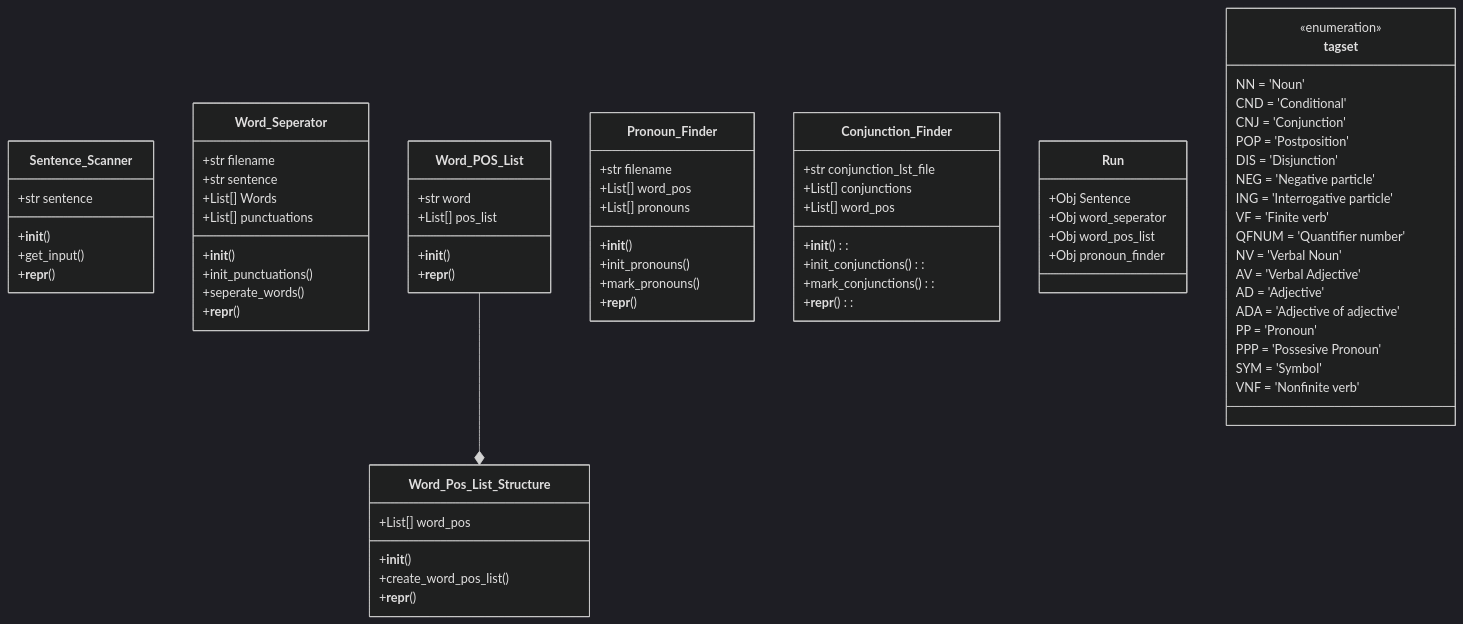
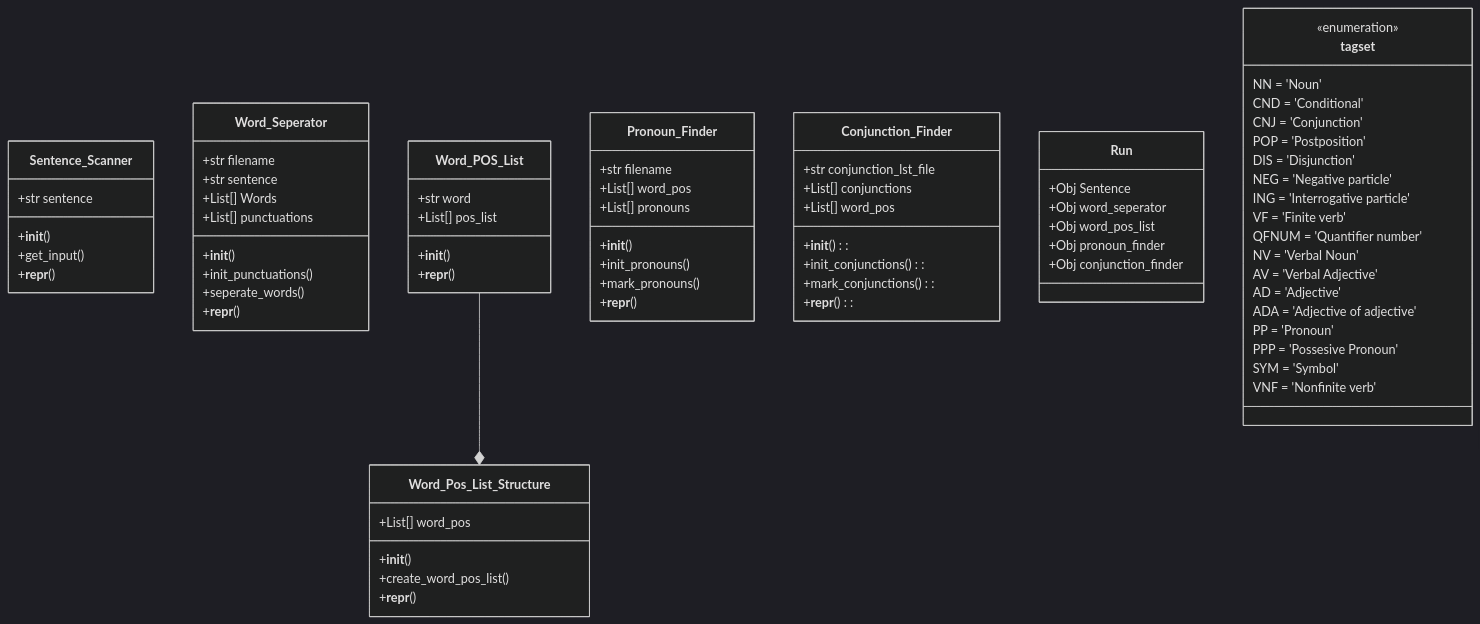
The first of 2 diagrams in src/README.md (masnm/POS-tagging), drawn with Mermaid (dark theme) before and after one commit.

Commit message:
Added Conjunction finder

````diff
--- a/src/README.md
+++ b/src/README.md
@@ -4,79 +4,80 @@
 ```mermaid
 classDiagram
 	class Sentence_Scanner {
 		+str sentence
 		+__init__ ()
 		+get_input ()
 		+__repr__ ()
 	}
 	class Word_Seperator {
 		+str filename
 		+str sentence
 		+List[] Words
 		+List[] punctuations
 		+__init__ ()
 		+init_punctuations ()
 		+seperate_words ()
 		+__repr__ ()
 	}
 	class Word_POS_List {
 		+str word
 		+List[] pos_list
 		+__init__ ()
 		+__repr__ ()
 	}
 	class Word_Pos_List_Structure {
 		+List[] word_pos
 		+__init__ ()
 		+create_word_pos_list ()
 		+__repr__ ()
 	}
 	class Pronoun_Finder {
 		+str filename
 		+List[] word_pos
 		+List[] pronouns
 		+__init__ ()
 		+init_pronouns ()
 		+mark_pronouns ()
 		+__repr__ ()
 	}
 	class Conjunction_Finder {
 		+str conjunction_lst_file
 		+List[] conjunctions
 		+List[] word_pos
 		+__init__ ():
 		+init_conjunctions ():
 		+mark_conjunctions ():
 		+__repr__ ():
 	}
 
 	Word_POS_List --* Word_Pos_List_Structure
 
 	class Run {
 		+Obj Sentence
 		+Obj word_seperator
 		+Obj word_pos_list
 		+Obj pronoun_finder
+		+Obj conjunction_finder
 	}
 
 	class tagset {
 		<<enumeration>>
 		NN = 'Noun'
 		CND = 'Conditional'
 		CNJ = 'Conjunction'
 		POP = 'Postposition'
 		DIS = 'Disjunction'
 		NEG = 'Negative particle'
 		ING = 'Interrogative particle'
 		VF = 'Finite verb'
 		QFNUM = 'Quantifier number'
 		NV = 'Verbal Noun'
 		AV = 'Verbal Adjective'
 		AD = 'Adjective'
 		ADA = 'Adjective of adjective'
 		PP = 'Pronoun'
 		PPP = 'Possesive Pronoun'
 		SYM = 'Symbol'
 		VNF = 'Nonfinite verb'
 	}
 ```
````
